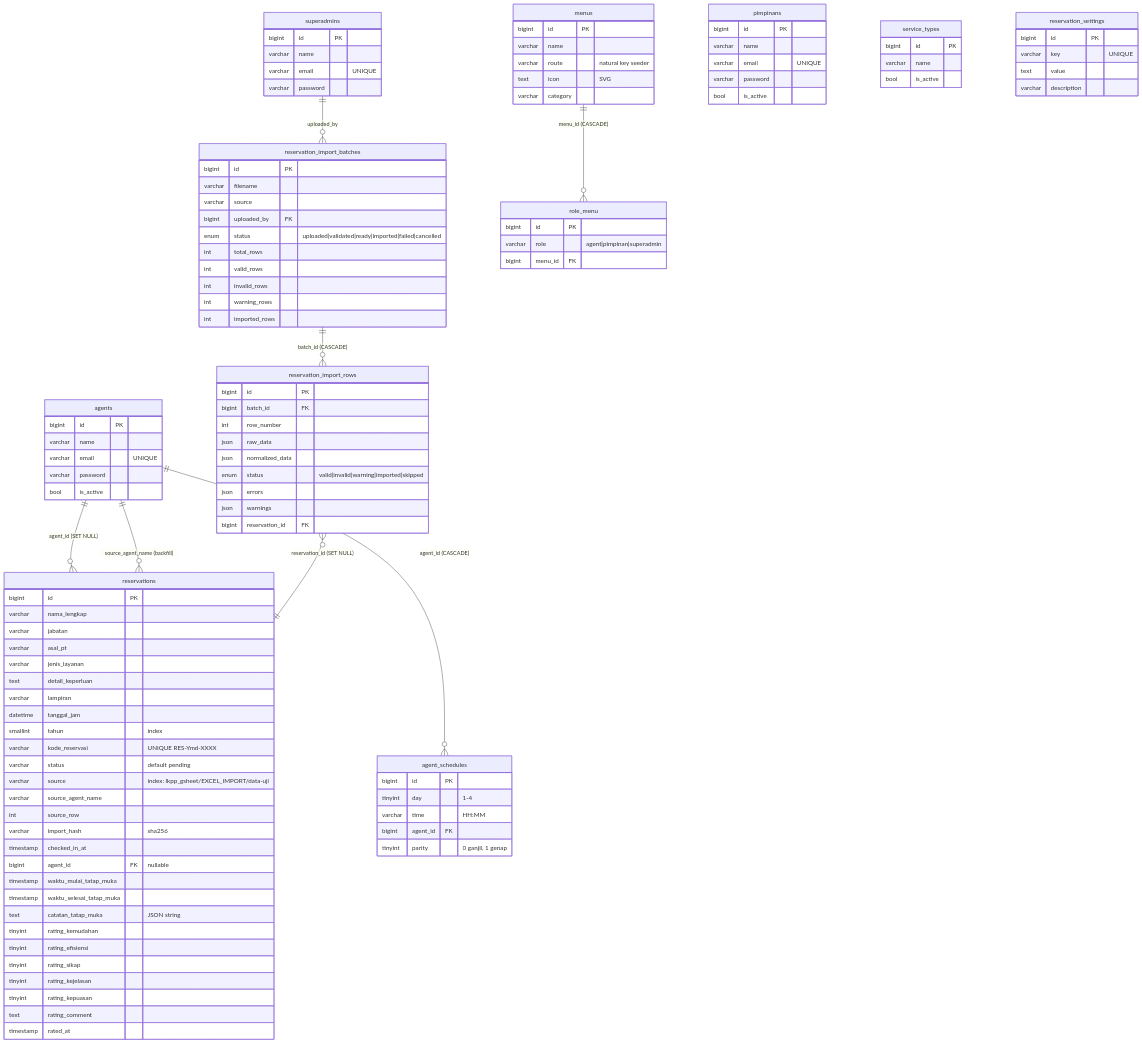
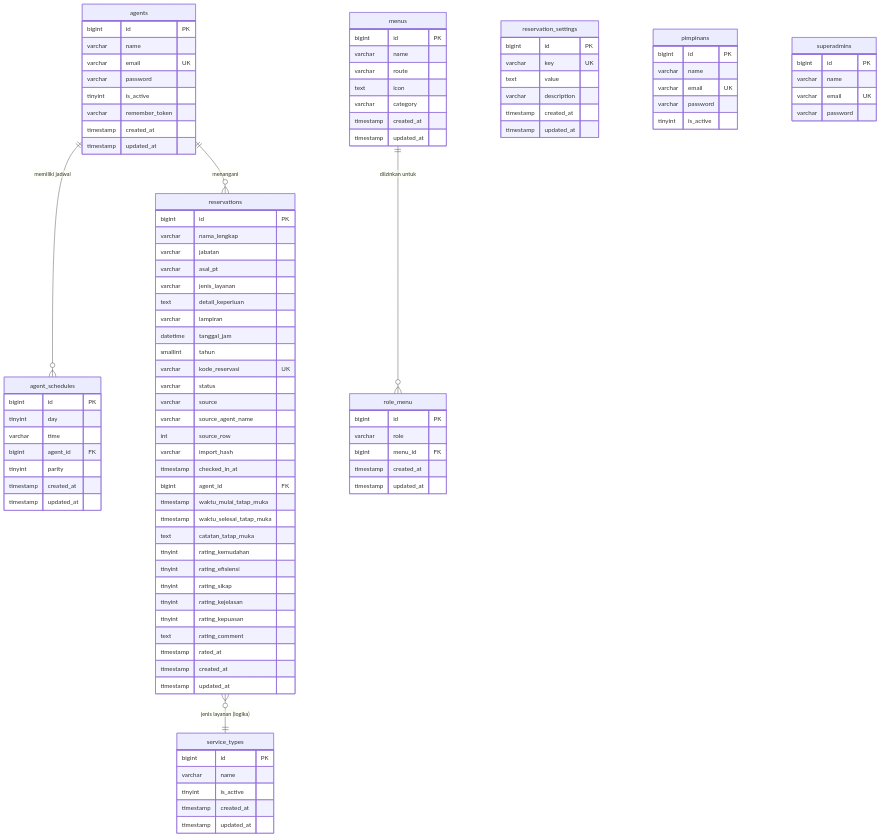
The second of 4 diagrams in DOKUMENTASI_SISTEM.md (apiiuw/project-temulkpp), drawn with Mermaid before and after one commit. The commit also changed other lines of this file and 3 other files, not shown here.

````diff
--- a/DOKUMENTASI_SISTEM.md
+++ b/DOKUMENTASI_SISTEM.md
@@ -410,12 +362,31 @@
 ```mermaid
 erDiagram
-    agents ||--o{ reservations : "agent_id (SET NULL)"
-    agents ||--o{ agent_schedules : "agent_id (CASCADE)"
-    agents ||--o{ reservations : "source_agent_name (backfill)"
-    superadmins ||--o{ reservation_import_batches : "uploaded_by"
-    reservation_import_batches ||--o{ reservation_import_rows : "batch_id (CASCADE)"
-    reservation_import_rows }o--|| reservations : "reservation_id (SET NULL)"
-    menus ||--o{ role_menu : "menu_id (CASCADE)"
+    agents ||--o{ agent_schedules : "memiliki jadwal"
+    agents ||--o{ reservations : "menangani"
+    menus ||--o{ role_menu : "diizinkan untuk"
+    reservations }o--|| service_types : "jenis layanan (logika)"
+
+    agents {
+        bigint id PK
+        varchar name
+        varchar email UK
+        varchar password
+        tinyint is_active
+        varchar remember_token
+        timestamp created_at
+        timestamp updated_at
+    }
+
+    agent_schedules {
+        bigint id PK
+        tinyint day
+        varchar time
+        bigint agent_id FK
+        tinyint parity
+        timestamp created_at
+        timestamp updated_at
+    }
+
     reservations {
         bigint id PK
         varchar nama_lengkap
@@ -425,18 +396,18 @@
         text detail_keperluan
         varchar lampiran
         datetime tanggal_jam
-        smallint tahun "index"
-        varchar kode_reservasi "UNIQUE RES-Ymd-XXXX"
-        varchar status "default pending"
-        varchar source "index: lkpp_gsheet/EXCEL_IMPORT/data-uji"
+        smallint tahun
+        varchar kode_reservasi UK
+        varchar status
+        varchar source
         varchar source_agent_name
         int source_row
-        varchar import_hash "sha256"
+        varchar import_hash
         timestamp checked_in_at
-        bigint agent_id FK "nullable"
+        bigint agent_id FK
         timestamp waktu_mulai_tatap_muka
         timestamp waktu_selesai_tatap_muka
-        text catatan_tatap_muka "JSON string"
+        text catatan_tatap_muka
         tinyint rating_kemudahan
         tinyint rating_efisiensi
         tinyint rating_sikap
@@ -444,78 +415,57 @@
         tinyint rating_kepuasan
         text rating_comment
         timestamp rated_at
+        timestamp created_at
+        timestamp updated_at
     }
-    agents {
+
+    menus {
         bigint id PK
         varchar name
-        varchar email "UNIQUE"
-        varchar password
-        bool is_active
+        varchar route
+        text icon
+        varchar category
+        timestamp created_at
+        timestamp updated_at
     }
+
+    role_menu {
+        bigint id PK
+        varchar role
+        bigint menu_id FK
+        timestamp created_at
+        timestamp updated_at
+    }
+
+    service_types {
+        bigint id PK
+        varchar name
+        tinyint is_active
+        timestamp created_at
+        timestamp updated_at
+    }
+
+    reservation_settings {
+        bigint id PK
+        varchar key UK
+        text value
+        varchar description
+        timestamp created_at
+        timestamp updated_at
+    }
+
     pimpinans {
         bigint id PK
         varchar name
-        varchar email "UNIQUE"
+        varchar email UK
         varchar password
-        bool is_active
+        tinyint is_active
     }
+
     superadmins {
         bigint id PK
         varchar name
-        varchar email "UNIQUE"
+        varchar email UK
         varchar password
     }
-    agent_schedules {
-        bigint id PK
-        tinyint day "1-4"
-        varchar time "HH:MM"
-        bigint agent_id FK
-        tinyint parity "0 ganjil, 1 genap"
-    }
-    menus {
-        bigint id PK
-        varchar name
-        varchar route "natural key seeder"
-        text icon "SVG"
-        varchar category
-    }
-    role_menu {
-        bigint id PK
-        varchar role "agent|pimpinan|superadmin"
-        bigint menu_id FK
-    }
-    service_types {
-        bigint id PK
-        varchar name
-        bool is_active
-    }
-    reservation_settings {
-        bigint id PK
-        varchar key "UNIQUE"
-        text value
-        varchar description
-    }
-    reservation_import_batches {
-        bigint id PK
-        varchar filename
-        varchar source
-        bigint uploaded_by FK
-        enum status "uploaded|validated|ready|imported|failed|cancelled"
-        int total_rows
-        int valid_rows
-        int invalid_rows
-        int warning_rows
-        int imported_rows
-    }
-    reservation_import_rows {
-        bigint id PK
-        bigint batch_id FK
-        int row_number
-        json raw_data
-        json normalized_data
-        enum status "valid|invalid|warning|imported|skipped"
-        json errors
-        json warnings
-        bigint reservation_id FK
-    }
 ```
````
